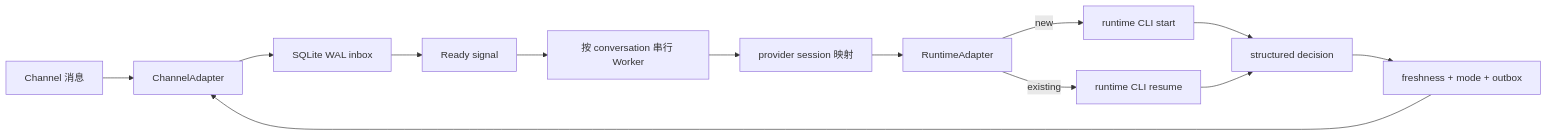
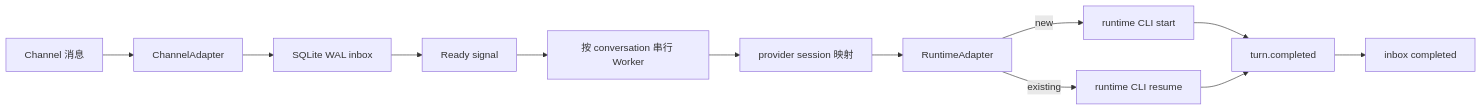
Before and after one commit to HiQ-AI/agent-channel-host: the diagram in README.md, drawn with Mermaid. The commit also changed other lines of this file and 27 other files, not shown here.

````diff
--- a/README.md
+++ b/README.md
@@ -11,15 +11,14 @@
 ```mermaid
 flowchart LR
   Channel[Channel 消息] --> Adapter[ChannelAdapter]
   Adapter --> Inbox[SQLite WAL inbox]
   Inbox --> Signal[Ready signal]
   Signal --> Worker[按 conversation 串行 Worker]
   Worker --> Map[provider session 映射]
   Map --> Runtime[RuntimeAdapter]
   Runtime -->|new| Exec[runtime CLI start]
   Runtime -->|existing| Resume[runtime CLI resume]
-  Exec --> Decision[structured decision]
-  Resume --> Decision
-  Decision --> Gate[freshness + mode + outbox]
-  Gate --> Adapter
+  Exec --> Receipt[turn.completed]
+  Resume --> Receipt
+  Receipt --> Cursor[inbox completed]
 ```
````
